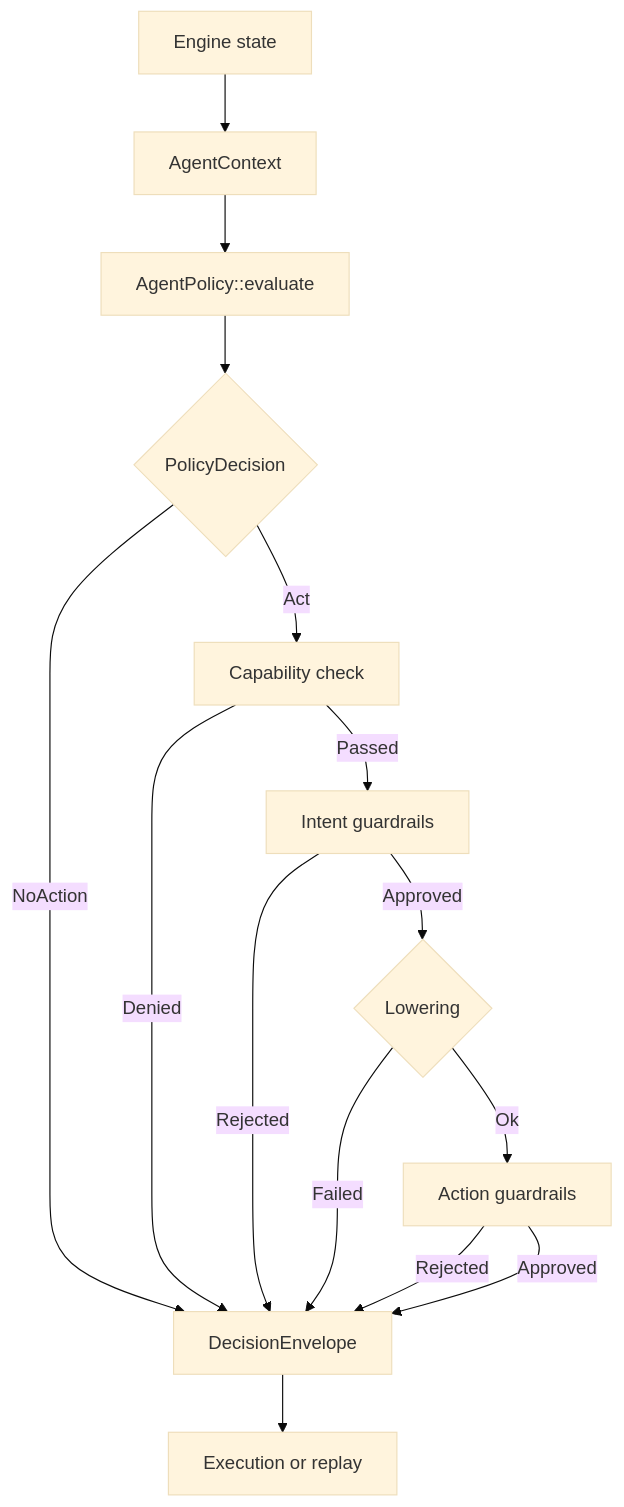
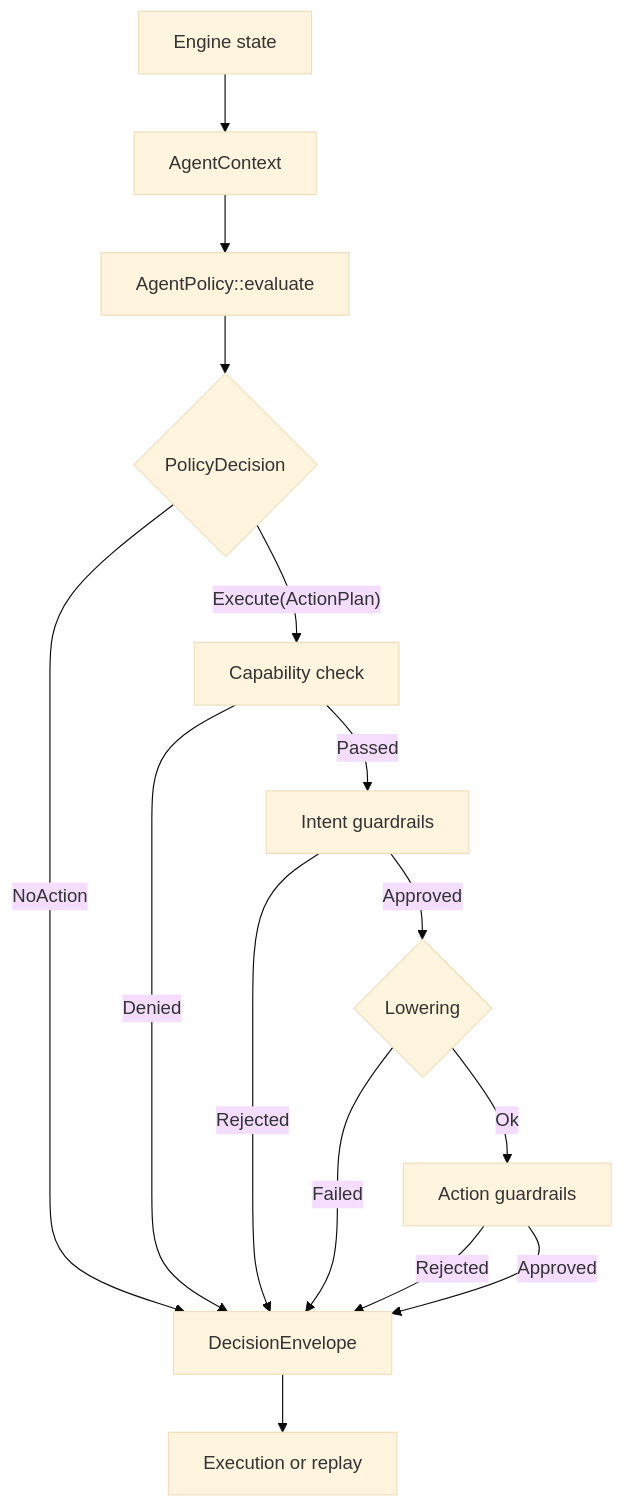
The diagram in README.md (nautechsystems/nautilus_agents), drawn with Mermaid (base theme) before and after one commit. The commit also changed other lines of this file and 12 other files, not shown here.

First line of the commit message:
Refactor policy to async ActionPlan with intent correlation

````diff
--- a/README.md
+++ b/README.md
@@ -56,17 +58,17 @@
 ```mermaid
 flowchart TD
     A[Engine state] --> B[AgentContext]
     B --> C[AgentPolicy::evaluate]
     C --> D{PolicyDecision}
     D -- NoAction --> E[DecisionEnvelope]
-    D -- Act --> F[Capability check]
+    D -- Execute(ActionPlan) --> F[Capability check]
     F -- Denied --> E
     F -- Passed --> G[Intent guardrails]
     G -- Rejected --> E
     G -- Approved --> H{Lowering}
     H -- Failed --> E
     H -- Ok --> I[Action guardrails]
     I -- Rejected --> E
     I -- Approved --> E
     E --> J[Execution or replay]
 ```
````
